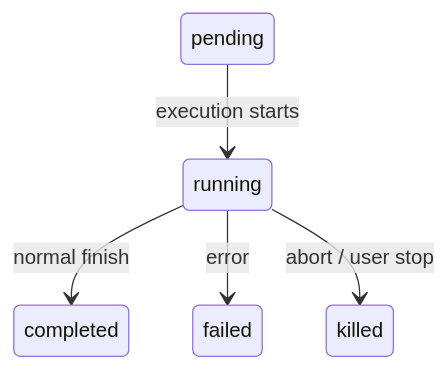
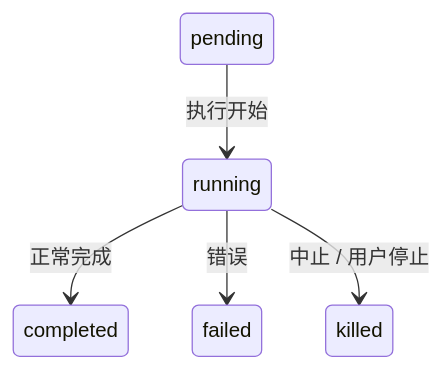
Before and after one commit to llwanghong/claude-code-universe: the first of 3 diagrams in book-zh/ch10-coordination.md, drawn with Mermaid. The commit also changed other lines of this file, not shown here.

````diff
--- a/book-zh/ch10-coordination.md
+++ b/book-zh/ch10-coordination.md
@@ -47,7 +51,7 @@
 ```mermaid
 stateDiagram-v2
-    pending --> running: execution starts
-    running --> completed: normal finish
-    running --> failed: error
-    running --> killed: abort / user stop
+    pending --> running: 执行开始
+    running --> completed: 正常完成
+    running --> failed: 错误
+    running --> killed: 中止 / 用户停止
 ```
````
